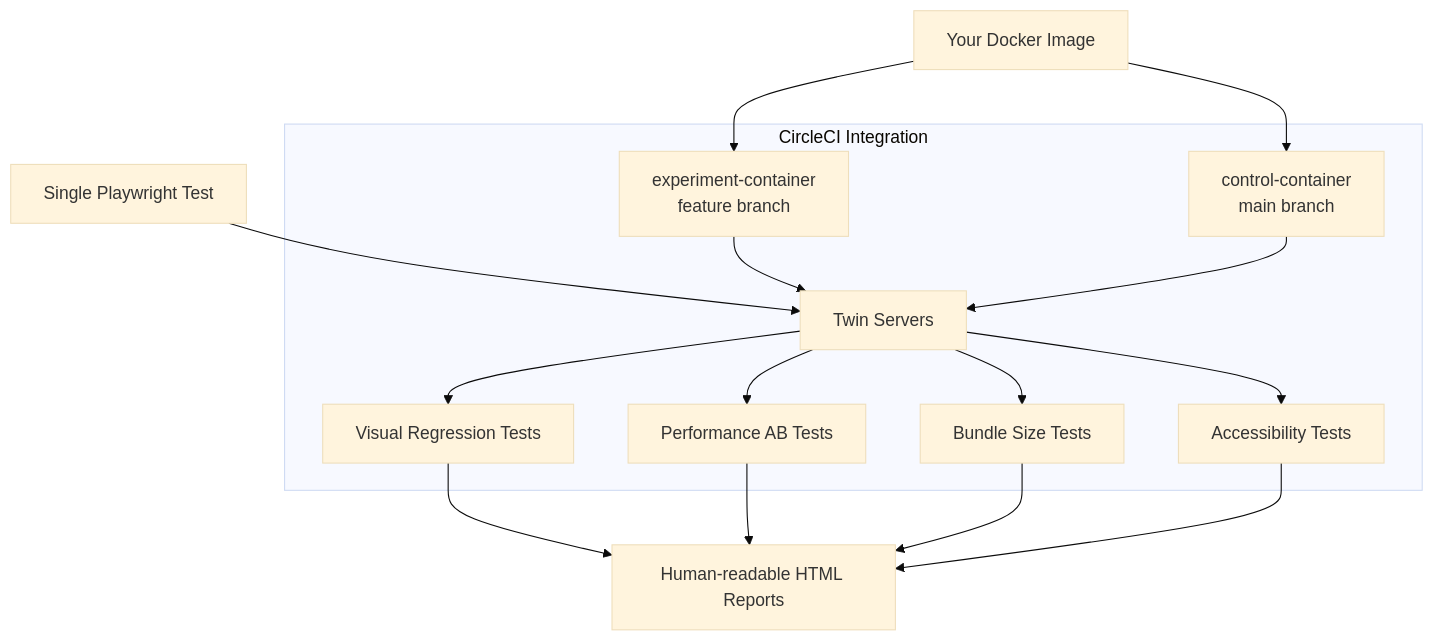
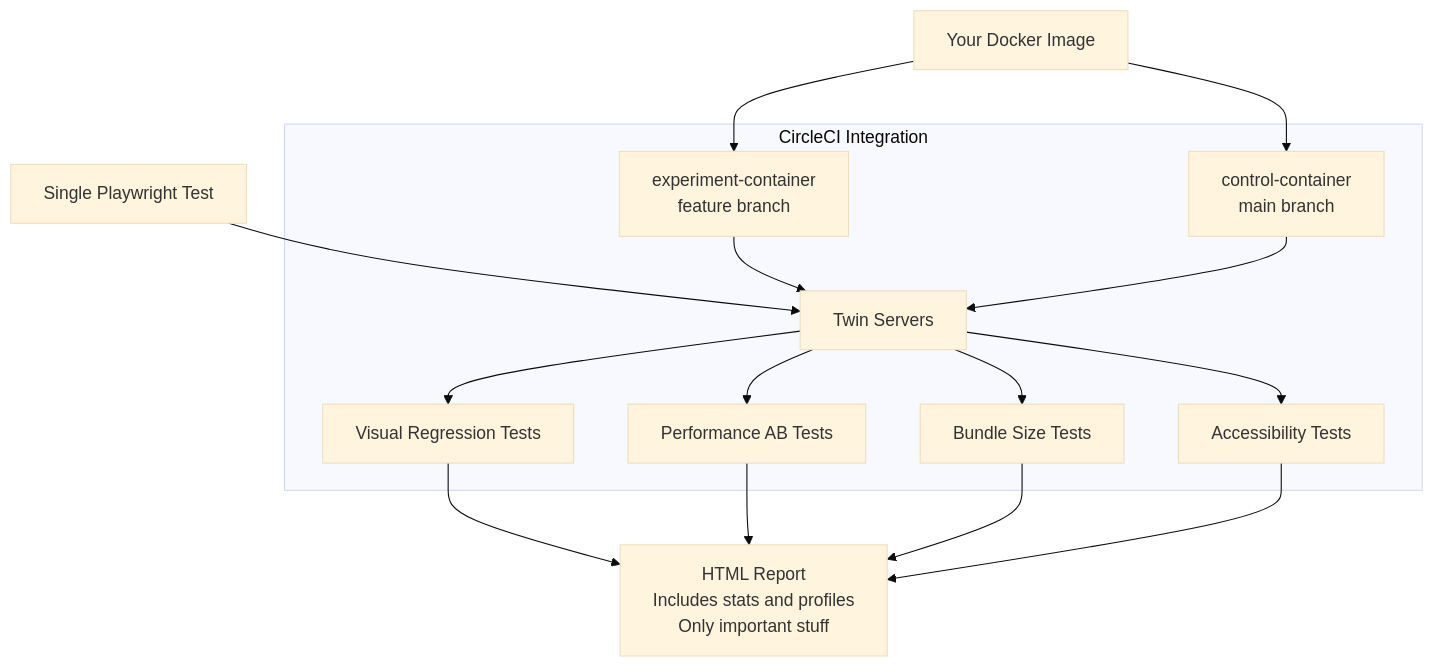
One commit to shakacode/shakaperf changed the diagram in README.md. Above: the diagram before and after it, drawn with Mermaid (base theme).

Commit message:
docs: improve HTML Report description in diagram

````diff
--- a/README.md
+++ b/README.md
@@ -17,21 +17,21 @@
 ```mermaid
 graph TD
     A[Your Docker Image] --> B
     P[Single Playwright Test] --> T
 
     subgraph CircleCI Integration
         B[experiment-container<br>feature branch] --> T[Twin Servers]
         C[control-container<br>main branch] --> T
         T --> F[Bundle Size Tests]
         T --> D[Visual Regression Tests]
         T --> E[Performance AB Tests]
         T --> G[Accessibility Tests]
     end
 
     A --> C
 
-    D --> H[Human-readable HTML Reports]
+    D --> H[HTML Report<br>Includes stats and profiles<br>Only important stuff]
     E --> H
     F --> H
     G --> H
 ```
````
